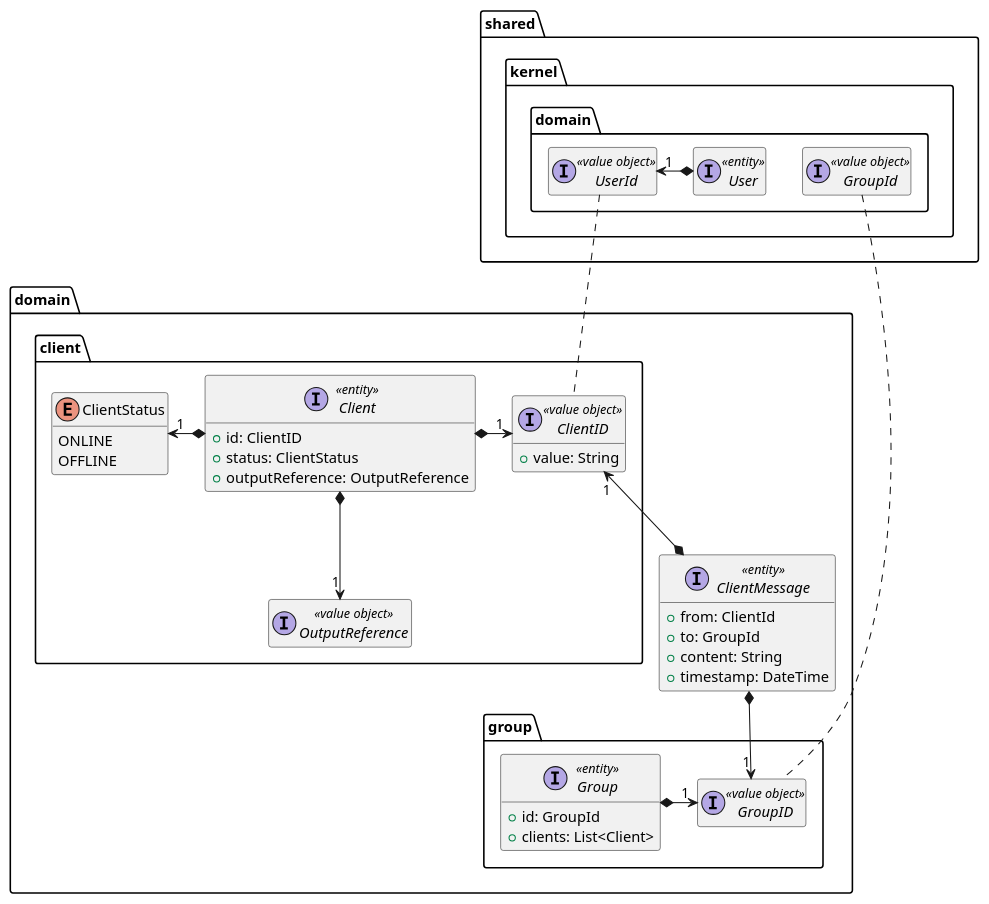
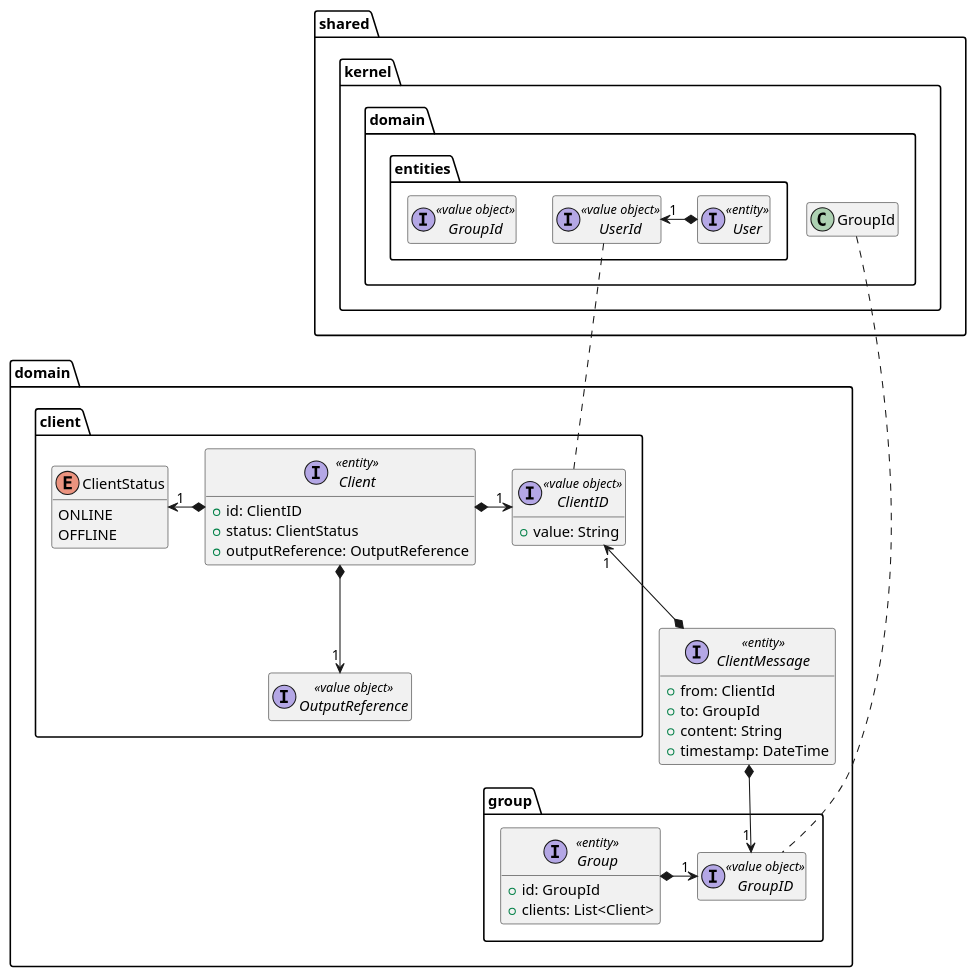
Before and after one commit to position-pal/Documentation: the first of 3 diagrams in content/docs/4-detailed-design/4-chat-service.md, drawn with PlantUML. The commit also changed other lines of this file and 13 other files, not shown here.

````diff
--- a/content/docs/4-detailed-design/4-chat-service.md
+++ b/content/docs/4-detailed-design/4-chat-service.md
@@ -17,63 +17,63 @@
 ```plantuml
 @startuml chat-service-structure-domain
 hide empty members
-package shared.kernel.domain {
+package shared.kernel.domain.entities {
     interface User <<entity>>
     interface UserId <<value object>>
     interface GroupId <<value object>>
     User *-left-> "1" UserId
 }
 
 package domain {
 
     package client {
 
         interface ClientID <<value object>> {
             + value: String
         }
 
         interface OutputReference <<value object>>
         enum ClientStatus {
             ONLINE
             OFFLINE
         }
 
         interface Client <<entity>> {
             + id: ClientID
             + status: ClientStatus
             + outputReference: OutputReference
         }
 
         Client *-right-> "1" ClientID
         Client *-down-> "1" OutputReference
         Client *-left-> "1" ClientStatus
     }
 
     package group {
 
         interface Group <<entity>> {
             + id: GroupId
             + clients: List<Client>
         }
 
         interface GroupID <<value object>>
         Group *-right-> "1" GroupID
         
     }
 
     interface ClientMessage <<entity>> {
         + from: ClientId
         + to: GroupId
         + content: String
         + timestamp: DateTime
     }
 
     ClientMessage *-up-> "1" domain.client.ClientID
     ClientMessage *-down-> "1" domain.group.GroupID
     
     domain.client.ClientID .up. UserId
     GroupID .up. shared.kernel.domain.GroupId
     
 }
 @enduml
 ```
````
